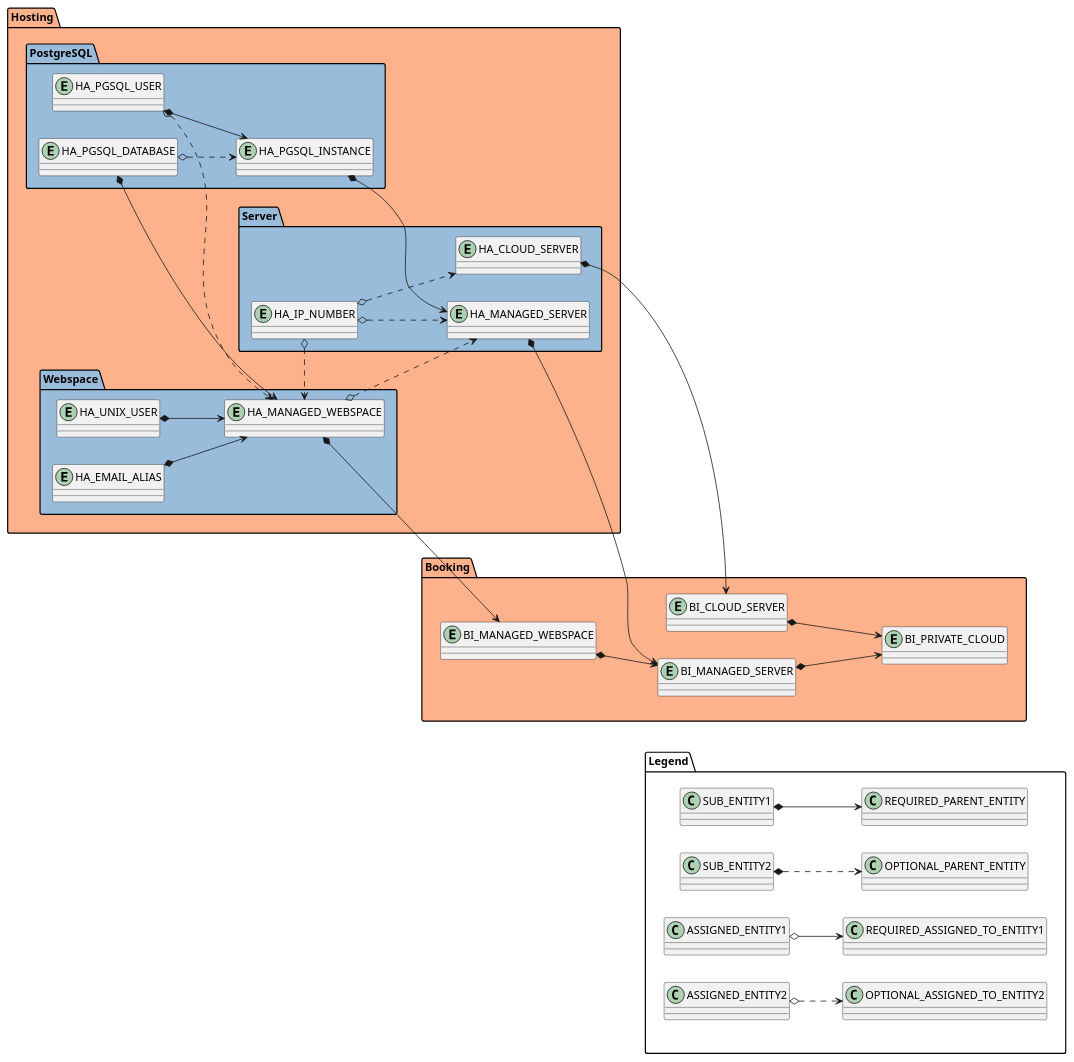
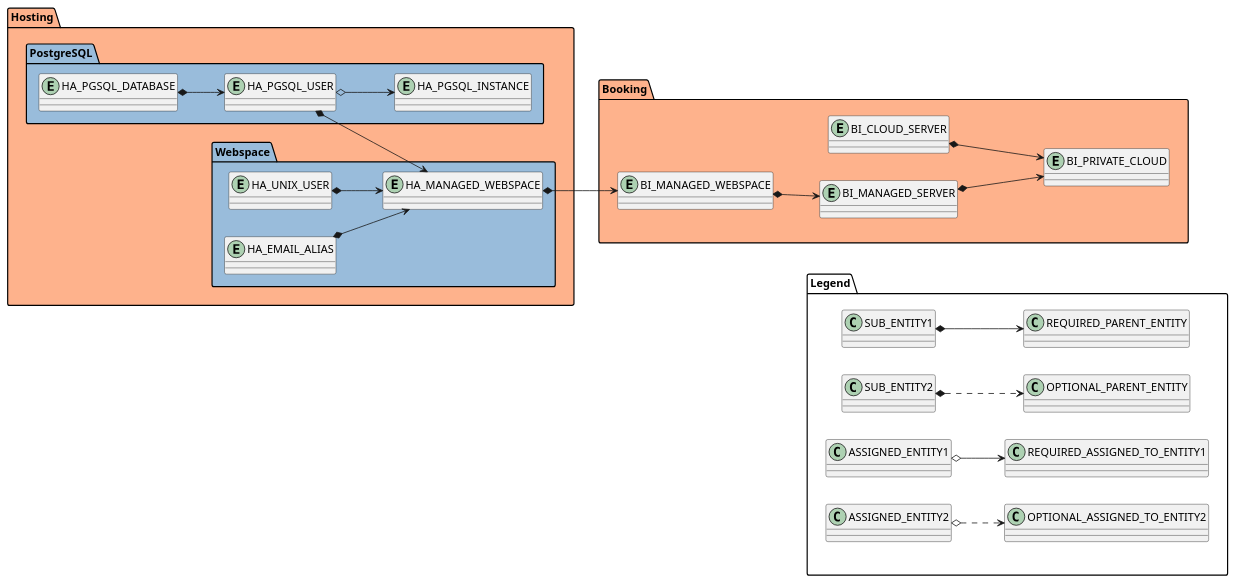
One commit to mhoennig/hs.hsadmin.ng changed the fourth of 4 diagrams in doc/hs-hosting-asset-type-structure.md. Above: the diagram before and after it, drawn with PlantUML. The commit also changed other lines of this file and 17 other files, not shown here.

````diff
--- a/doc/hs-hosting-asset-type-structure.md
+++ b/doc/hs-hosting-asset-type-structure.md
@@ -138,59 +167,45 @@
 ```plantuml
 @startuml
 left to right direction
 
 package Booking #feb28c {
     entity BI_PRIVATE_CLOUD
     entity BI_CLOUD_SERVER
     entity BI_MANAGED_SERVER
     entity BI_MANAGED_WEBSPACE
 }
 
 package Hosting #feb28c{
     package PostgreSQL #99bcdb {
         entity HA_PGSQL_INSTANCE
         entity HA_PGSQL_USER
         entity HA_PGSQL_DATABASE
     }
 
-    package Server #99bcdb {
-        entity HA_CLOUD_SERVER
-        entity HA_MANAGED_SERVER
-        entity HA_IP_NUMBER
-    }
-
     package Webspace #99bcdb {
         entity HA_MANAGED_WEBSPACE
         entity HA_UNIX_USER
         entity HA_EMAIL_ALIAS
     }
 
 }
 
 BI_CLOUD_SERVER *--> BI_PRIVATE_CLOUD
 BI_MANAGED_SERVER *--> BI_PRIVATE_CLOUD
 BI_MANAGED_WEBSPACE *--> BI_MANAGED_SERVER
 
-HA_CLOUD_SERVER *==> BI_CLOUD_SERVER
-HA_MANAGED_SERVER *==> BI_MANAGED_SERVER
 HA_MANAGED_WEBSPACE *==> BI_MANAGED_WEBSPACE
-HA_MANAGED_WEBSPACE o..> HA_MANAGED_SERVER
 HA_UNIX_USER *==> HA_MANAGED_WEBSPACE
 HA_EMAIL_ALIAS *==> HA_MANAGED_WEBSPACE
-HA_PGSQL_INSTANCE *==> HA_MANAGED_SERVER
-HA_PGSQL_USER *==> HA_PGSQL_INSTANCE
-HA_PGSQL_USER o..> HA_MANAGED_WEBSPACE
-HA_PGSQL_DATABASE *==> HA_MANAGED_WEBSPACE
-HA_PGSQL_DATABASE o..> HA_PGSQL_INSTANCE
-HA_IP_NUMBER o..> HA_CLOUD_SERVER
-HA_IP_NUMBER o..> HA_MANAGED_SERVER
-HA_IP_NUMBER o..> HA_MANAGED_WEBSPACE
+HA_PGSQL_USER *==> HA_MANAGED_WEBSPACE
+HA_PGSQL_USER o--> HA_PGSQL_INSTANCE
+HA_PGSQL_DATABASE *==> HA_PGSQL_USER
 
 package Legend #white {
     SUB_ENTITY1 *--> REQUIRED_PARENT_ENTITY
     SUB_ENTITY2 *..> OPTIONAL_PARENT_ENTITY
     ASSIGNED_ENTITY1 o--> REQUIRED_ASSIGNED_TO_ENTITY1
     ASSIGNED_ENTITY2 o..> OPTIONAL_ASSIGNED_TO_ENTITY2
 }
 Booking -down[hidden]->Legend
 ```
````
